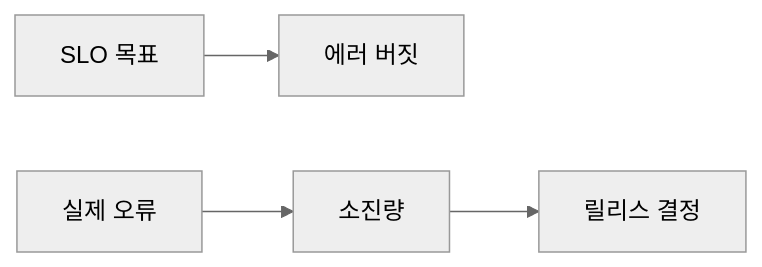
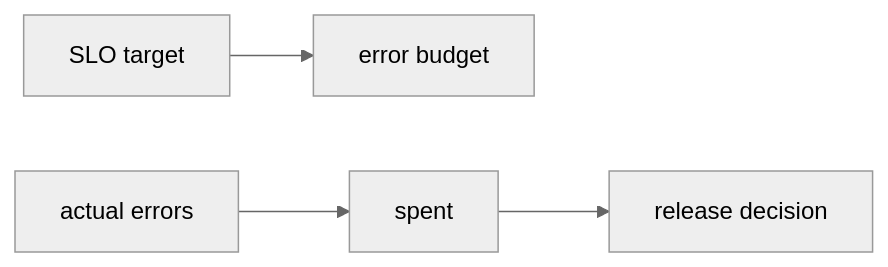
One commit to yeongseon-books/book-content changed the diagram in content/sre-101/ko/04-error-budget.md. Above: the diagram before and after it, drawn with Mermaid (neutral theme). The commit also changed other lines of this file and 9 other files, not shown here.

````diff
--- a/content/sre-101/ko/04-error-budget.md
+++ b/content/sre-101/ko/04-error-budget.md
@@ -47,6 +53,6 @@
 ```mermaid
 flowchart LR
-    SLO["SLO 목표"] --> Budget["에러 버짓"]
-    Actual["실제 오류"] --> Spent["소진량"]
-    Spent --> Decision["릴리스 결정"]
+    SLO["SLO target"] --> Budget["error budget"]
+    Actual["actual errors"] --> Spent["spent"]
+    Spent --> Decision["release decision"]
 ```
````
